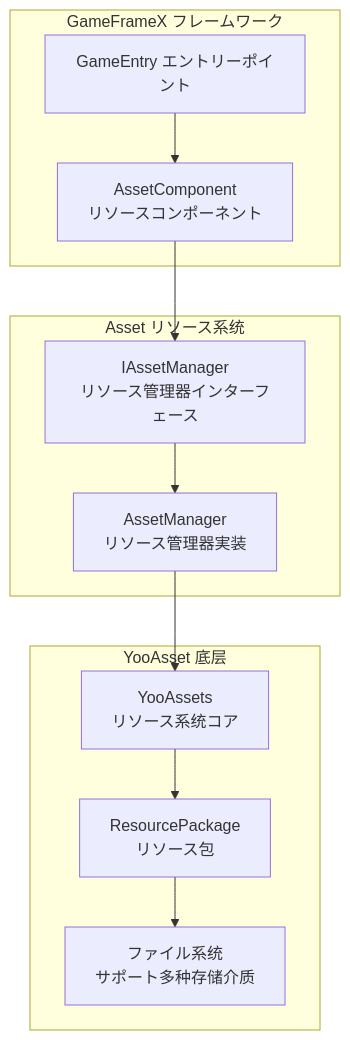
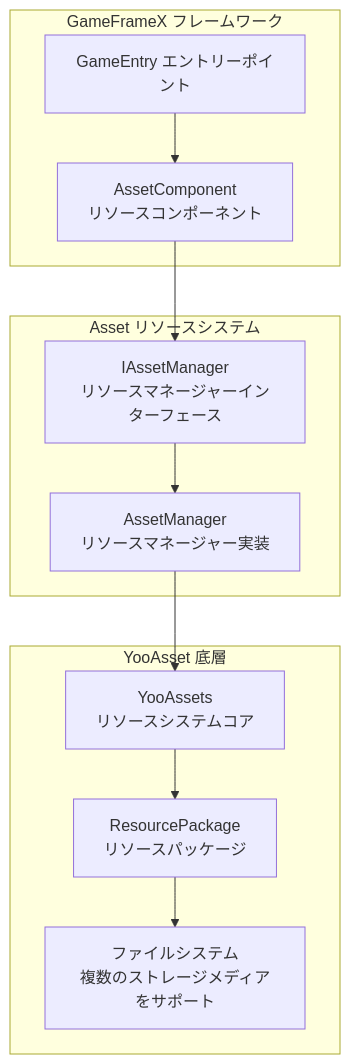
Before and after one commit to AlianBlank/GameFrameX.Docs: the first of 4 diagrams in docs/ja/client/unity/component/asset/01.overview.md, drawn with Mermaid. The commit also changed other lines of this file and 320 other files, not shown here.

````diff
--- a/docs/ja/client/unity/component/asset/01.overview.md
+++ b/docs/ja/client/unity/component/asset/01.overview.md
@@ -11,25 +11,25 @@
 ```mermaid
 flowchart TD
     subgraph GameFrameX["GameFrameX フレームワーク"]
         GameEntry["GameEntry エントリーポイント"]
         AssetComponent["AssetComponent<br/>リソースコンポーネント"]
     end
 
-    subgraph AssetSystem["Asset リソース系统"]
-        IAssetManager["IAssetManager<br/>リソース管理器インターフェース"]
-        AssetManager["AssetManager<br/>リソース管理器実装"]
+    subgraph AssetSystem["Asset リソースシステム"]
+        IAssetManager["IAssetManager<br/>リソースマネージャーインターフェース"]
+        AssetManager["AssetManager<br/>リソースマネージャー実装"]
     end
 
-    subgraph YooAsset["YooAsset 底层"]
-        YooAssets["YooAssets<br/>リソース系统コア"]
-        ResourcePackage["ResourcePackage<br/>リソース包"]
-        FileSystem["ファイル系统<br/>サポート多种存储介质"]
+    subgraph YooAsset["YooAsset 底層"]
+        YooAssets["YooAssets<br/>リソースシステムコア"]
+        ResourcePackage["ResourcePackage<br/>リソースパッケージ"]
+        FileSystem["ファイルシステム<br/>複数のストレージメディアをサポート"]
     end
 
     GameEntry --> AssetComponent
     AssetComponent --> IAssetManager
     IAssetManager --> AssetManager
     AssetManager --> YooAssets
     YooAssets --> ResourcePackage
     ResourcePackage --> FileSystem
 ```
````
